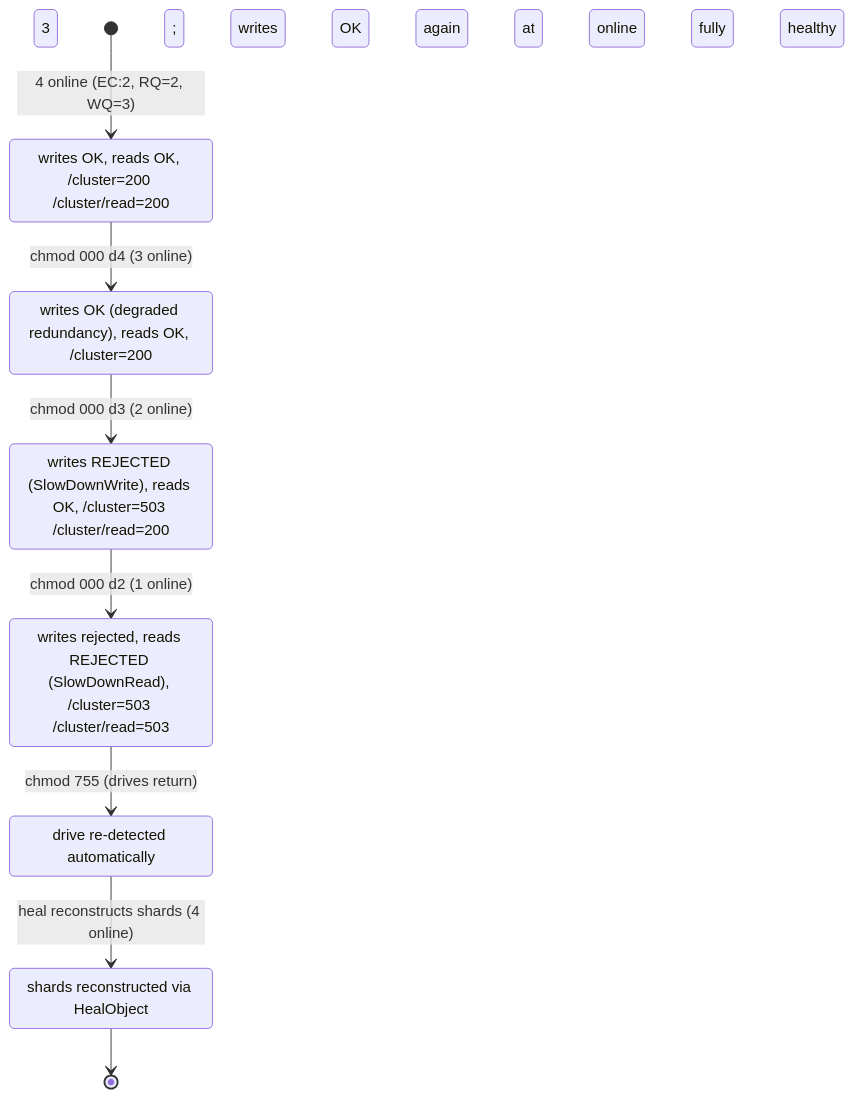
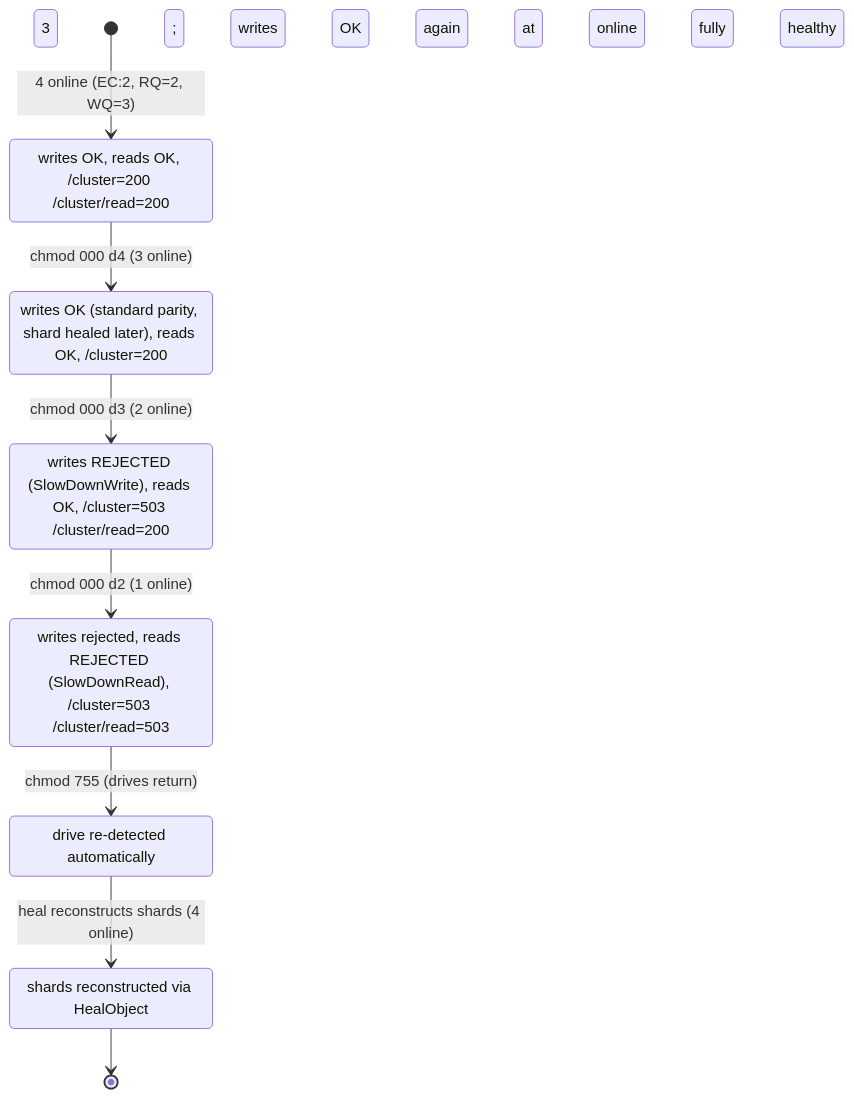
One commit to blitzy-research/minio changed the diagram in blitzy/documentation/minio_c07e5b49d477.md. Above: the diagram before and after it, drawn with Mermaid. The commit also changed other lines of this file, not shown here.

````diff
--- a/blitzy/documentation/minio_c07e5b49d477.md
+++ b/blitzy/documentation/minio_c07e5b49d477.md
@@ -42,17 +43,17 @@
 ```mermaid
 stateDiagram-v2
     [*] --> Healthy4: 4 online (EC:2, RQ=2, WQ=3)
     Healthy4 --> Degraded3: chmod 000 d4 (3 online)
     Degraded3 --> BelowWQ2: chmod 000 d3 (2 online)
     BelowWQ2 --> BelowRQ1: chmod 000 d2 (1 online)
     BelowRQ1 --> Recovered: chmod 755 (drives return)
     Recovered --> Healed4: heal reconstructs shards (4 online)
     Healed4 --> [*]
 
     Healthy4: writes OK, reads OK, /cluster=200 /cluster/read=200
-    Degraded3: writes OK (degraded redundancy), reads OK, /cluster=200
+    Degraded3: writes OK (standard parity, shard healed later), reads OK, /cluster=200
     BelowWQ2: writes REJECTED (SlowDownWrite), reads OK, /cluster=503 /cluster/read=200
     BelowRQ1: writes rejected, reads REJECTED (SlowDownRead), /cluster=503 /cluster/read=503
     Recovered: drive re-detected automatically; writes OK again at 3 online
     Healed4: shards reconstructed via HealObject; fully healthy
 ```
````
